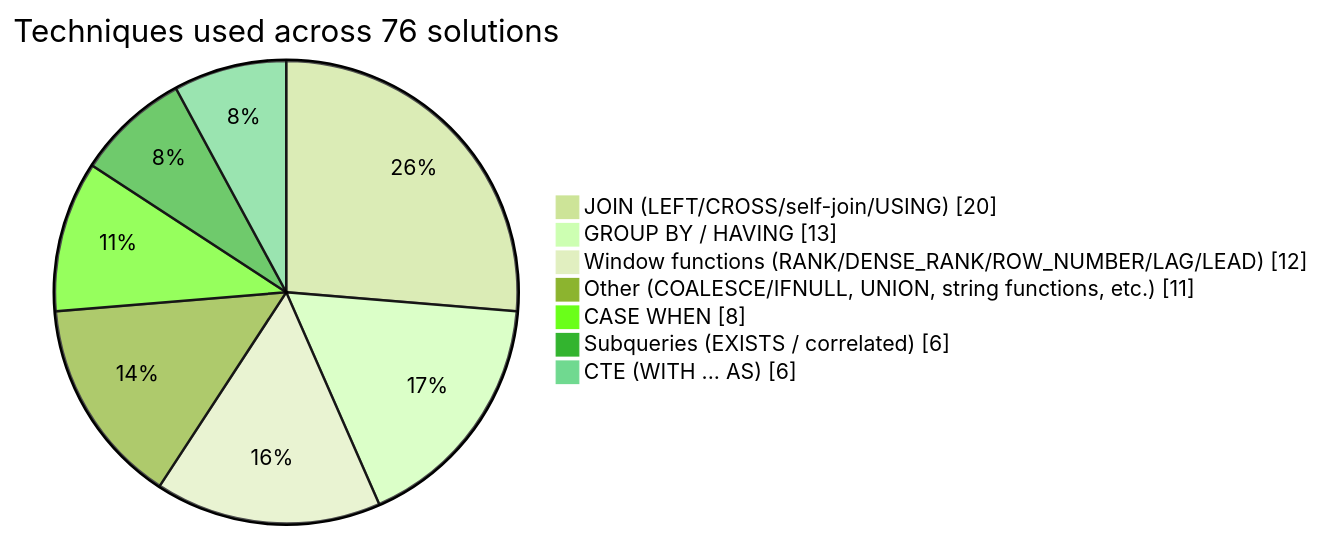
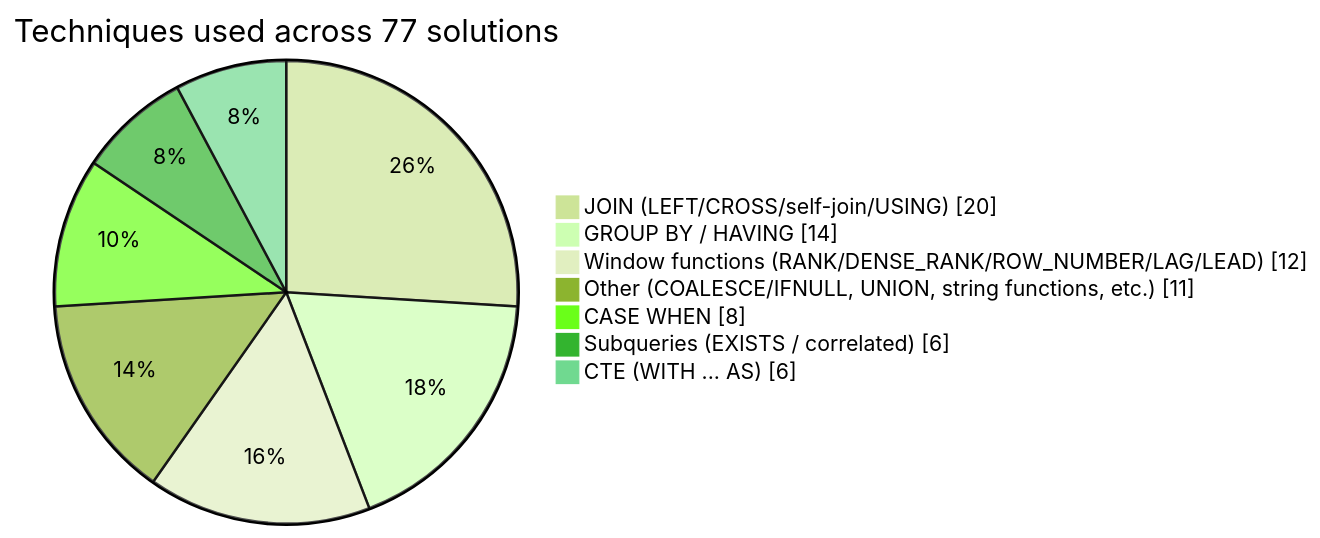
The diagram in README.md (ruhlanrzayev/LeetCode_SQL_Problems), drawn with Mermaid (forest theme) before and after one commit. The commit also changed other lines of this file, not shown here.

Commit message:
chore: auto-update technique breakdown chart

````diff
--- a/README.md
+++ b/README.md
@@ -11,11 +11,11 @@
 ```mermaid
 pie showData
-    title Techniques used across 76 solutions
+    title Techniques used across 77 solutions
     "JOIN (LEFT/CROSS/self-join/USING)" : 20
-    "GROUP BY / HAVING" : 13
+    "GROUP BY / HAVING" : 14
     "Window functions (RANK/DENSE_RANK/ROW_NUMBER/LAG/LEAD)" : 12
     "Other (COALESCE/IFNULL, UNION, string functions, etc.)" : 11
     "CASE WHEN" : 8
     "Subqueries (EXISTS / correlated)" : 6
     "CTE (WITH ... AS)" : 6
 ```
````
